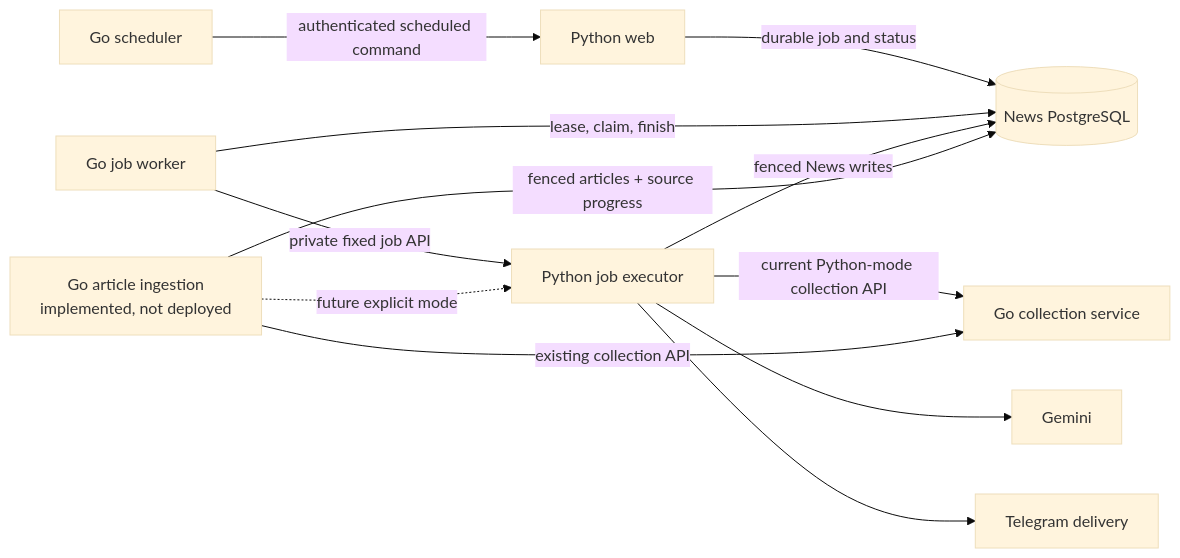
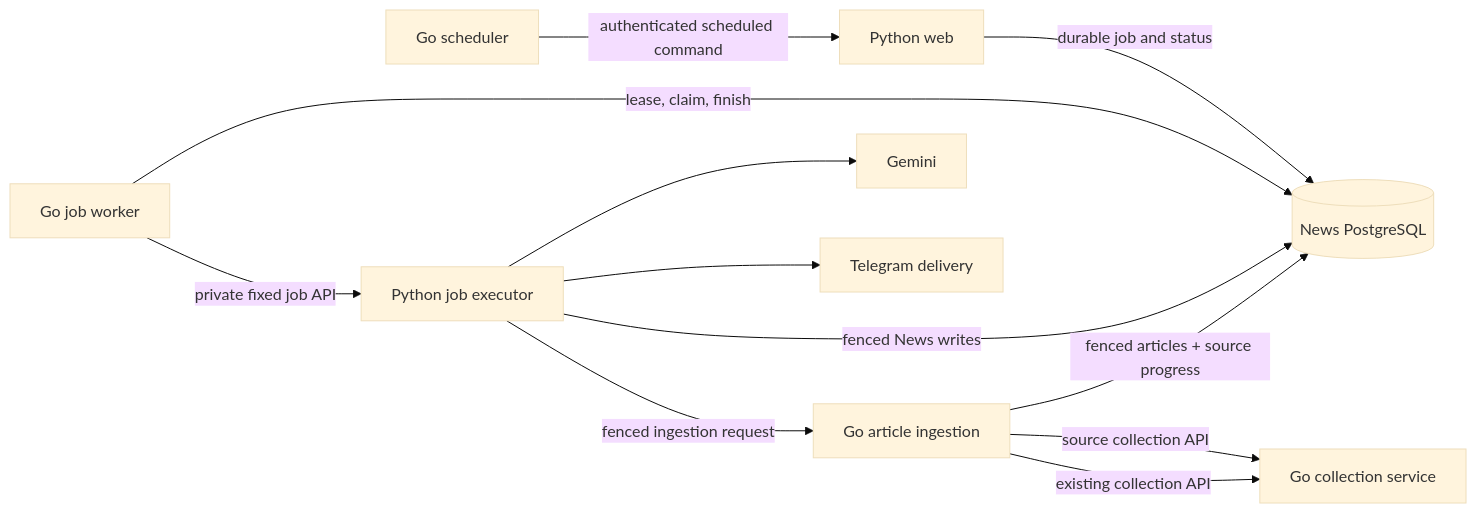
The diagram in docs/background-worker.md (Dzarlax-AI/evening-news), drawn with Mermaid (base theme) before and after one commit. The commit also changed other lines of this file and 39 other files, not shown here.

Commit message:
refactor(ingestion): remove legacy Python collection paths

````diff
--- a/docs/background-worker.md
+++ b/docs/background-worker.md
@@ -22,14 +22,14 @@
 ```mermaid
 flowchart LR
     Scheduler[Go scheduler] -->|authenticated scheduled command| Web[Python web]
     Web -->|durable job and status| DB[(News PostgreSQL)]
     Worker[Go job worker] -->|lease, claim, finish| DB
     Worker -->|private fixed job API| Executor[Python job executor]
     Executor -->|fenced News writes| DB
-    Executor -->|current Python-mode collection API| Collector[Go collection service]
-    Ingestion[Go article ingestion<br/>implemented, not deployed] -.->|future explicit mode| Executor
+    Executor -->|fenced ingestion request| Ingestion[Go article ingestion]
+    Ingestion -->|source collection API| Collector[Go collection service]
     Ingestion -->|existing collection API| Collector
     Ingestion -->|fenced articles + source progress| DB
     Executor --> AI[Gemini]
     Executor --> Telegram[Telegram delivery]
 ```
````
